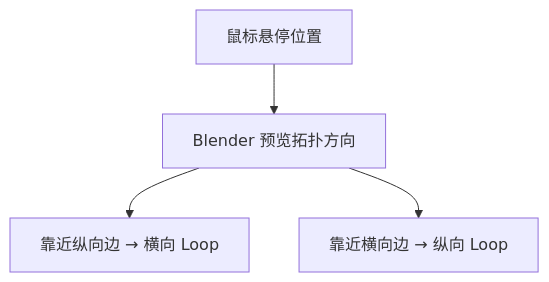
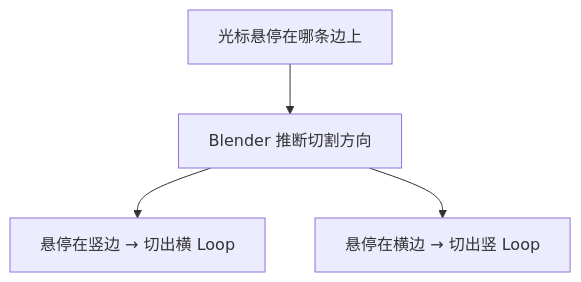
One commit to liuchamp/blenderdsv1 changed the fourth of 12 diagrams in Blender笔记/00-基础/05-环切与拓扑-Ctrl+R.md. Above: the diagram before and after it, drawn with Mermaid. The commit also changed other lines of this file and 16 other files, not shown here.

````diff
--- a/Blender笔记/00-基础/05-环切与拓扑-Ctrl+R.md
+++ b/Blender笔记/00-基础/05-环切与拓扑-Ctrl+R.md
@@ -75,6 +188,6 @@
 ```mermaid
 flowchart TD
-    H["鼠标悬停位置"] --> P["Blender 预览拓扑方向"]
-    P --> V["靠近纵向边 → 横向 Loop"]
-    P --> H2["靠近横向边 → 纵向 Loop"]
+    H["光标悬停在哪条边上"] --> P["Blender 推断切割方向"]
+    P --> V["悬停在竖边 → 切出横 Loop"]
+    P --> H2["悬停在横边 → 切出竖 Loop"]
 ```
````
